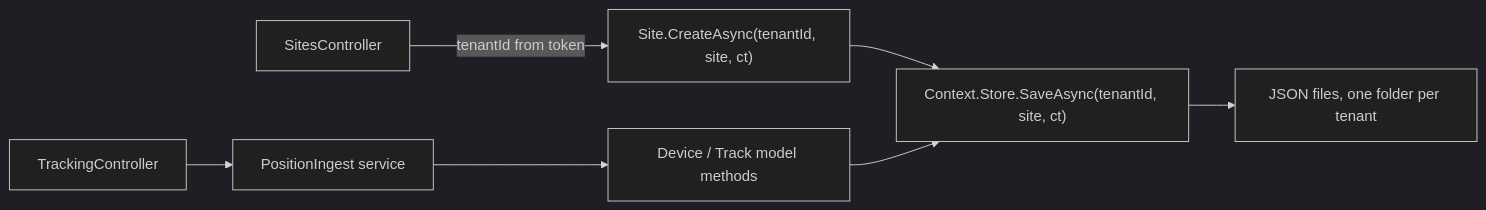
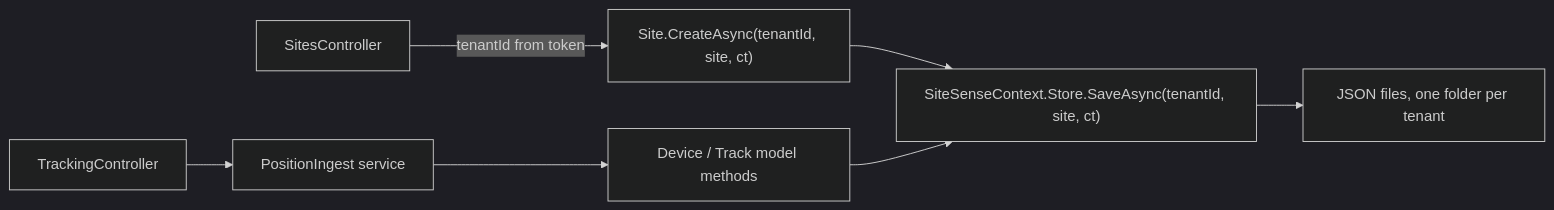
One commit to NotThaDev/SiteSense changed the second of 2 diagrams in docs/architecture.md. Above: the diagram before and after it, drawn with Mermaid (dark theme). The commit also changed other lines of this file and 5 other files, not shown here.

First line of the commit message:
docs: add SiteSenseContext with store and clock in Helpers/ (SS-45)

````diff
--- a/docs/architecture.md
+++ b/docs/architecture.md
@@ -44,9 +45,9 @@
 ```mermaid
 flowchart LR
   C["SitesController"] -->|"tenantId from token"| M["Site.CreateAsync(tenantId, site, ct)"]
-  M --> S["Context.Store.SaveAsync(tenantId, site, ct)"]
+  M --> S["SiteSenseContext.Store.SaveAsync(tenantId, site, ct)"]
   S --> F["JSON files, one folder per tenant"]
   C2["TrackingController"] --> P["PositionIngest service"]
   P --> M2["Device / Track model methods"]
   M2 --> S
 ```
````
